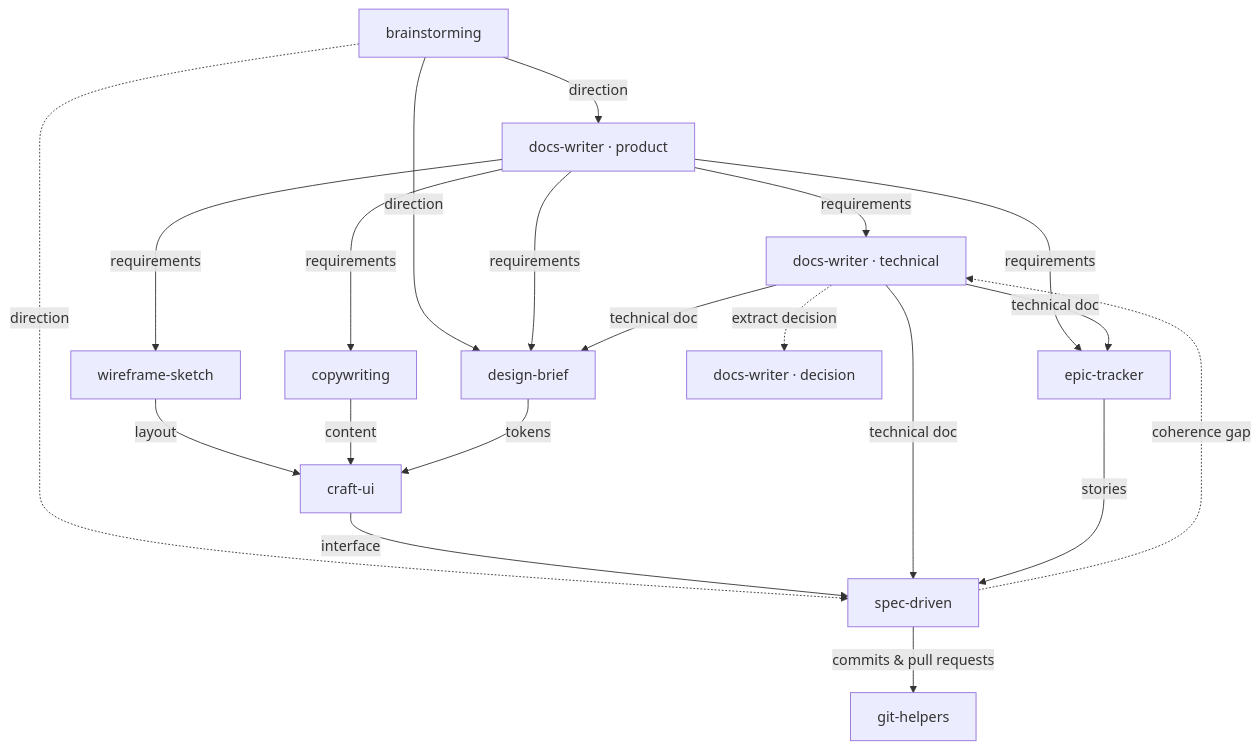
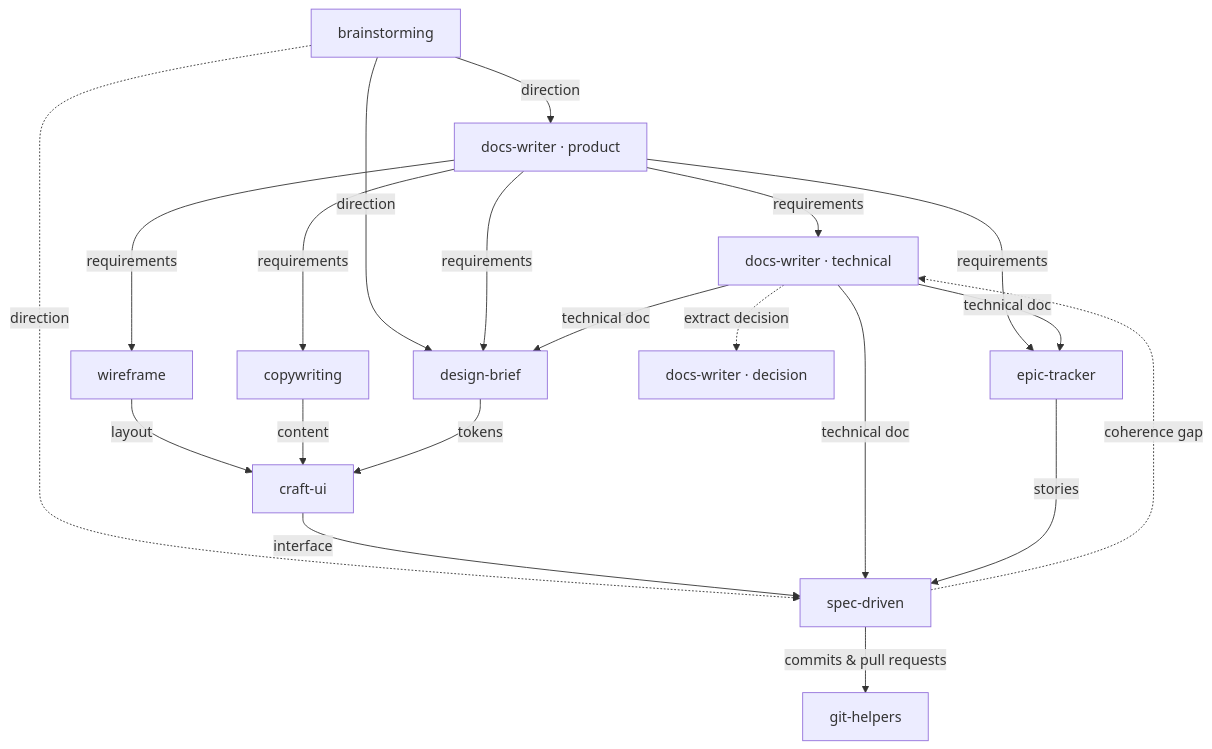
One commit to adeonir/agent-skills changed the diagram in README.md. Above: the diagram before and after it, drawn with Mermaid. The commit also changed other lines of this file and 13 other files, not shown here.

Commit message:
rename skill wireframe-sketch to wireframe

````diff
--- a/README.md
+++ b/README.md
@@ -47,22 +47,22 @@
 ```mermaid
 flowchart TD
     BR[brainstorming] -->|direction| DW_PRD[docs-writer · product]
     BR -->|direction| DB[design-brief]
     BR -.->|direction| SD[spec-driven]
     DW_PRD -->|requirements| DW_DD[docs-writer · technical]
     DW_PRD -->|requirements| ET[epic-tracker]
     DW_PRD -->|requirements| DB
-    DW_PRD -->|requirements| WF[wireframe-sketch]
+    DW_PRD -->|requirements| WF[wireframe]
     DW_PRD -->|requirements| CW[copywriting]
     WF -->|layout| CU[craft-ui]
     CW -->|content| CU
     DB -->|tokens| CU
     CU -->|interface| SD
     DW_DD -->|technical doc| SD
     DW_DD -->|technical doc| ET
     DW_DD -->|technical doc| DB
     DW_DD -.->|extract decision| DW_ADR[docs-writer · decision]
     ET -->|stories| SD
     SD -->|commits & pull requests| GH[git-helpers]
     SD -.->|coherence gap| DW_DD
 ```
````
